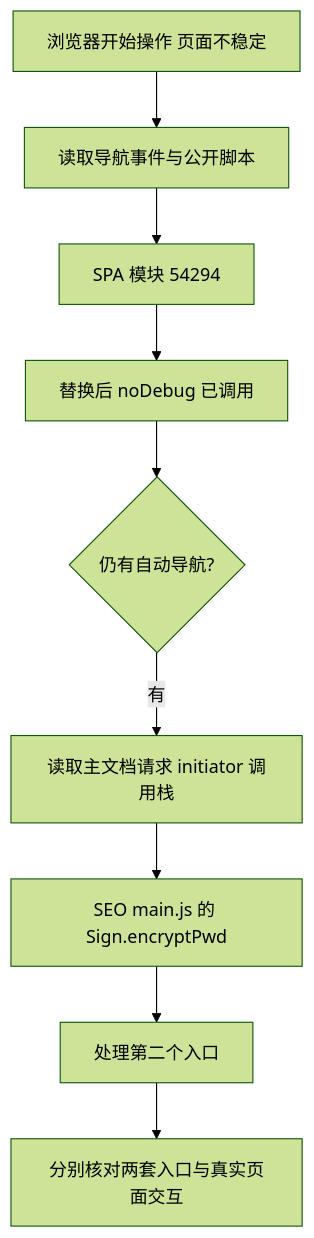
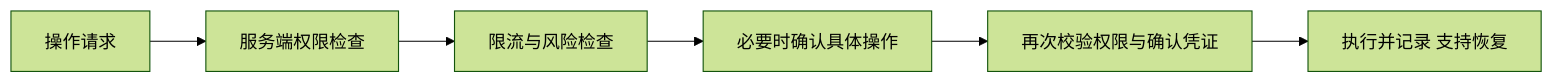
One commit to qzruncode/accumulation changed the diagram in web-security/browser-agent-defense-case-study.md. Above: the diagram before and after it, drawn with Mermaid (forest theme). The commit also changed other lines of this file and 1 other file, not shown here.

````diff
--- a/web-security/browser-agent-defense-case-study.md
+++ b/web-security/browser-agent-defense-case-study.md
@@ -53,11 +69,8 @@
 ```mermaid
-flowchart TD
-    A[浏览器开始操作 页面不稳定] --> B[读取导航事件与公开脚本]
-    B --> C[SPA 模块 54294]
-    C --> D[替换后 noDebug 已调用]
-    D --> E{仍有自动导航?}
-    E -->|有| F[读取主文档请求 initiator 调用栈]
-    F --> G[SEO main.js 的 Sign.encryptPwd]
-    G --> H[处理第二个入口]
-    H --> I[分别核对两套入口与真实页面交互]
+flowchart LR
+    A[操作请求] --> B[服务端权限检查]
+    B --> C[限流与风险检查]
+    C --> D[必要时确认具体操作]
+    D --> E[再次校验权限与确认凭证]
+    E --> F[执行并记录 支持恢复]
 ```
````
